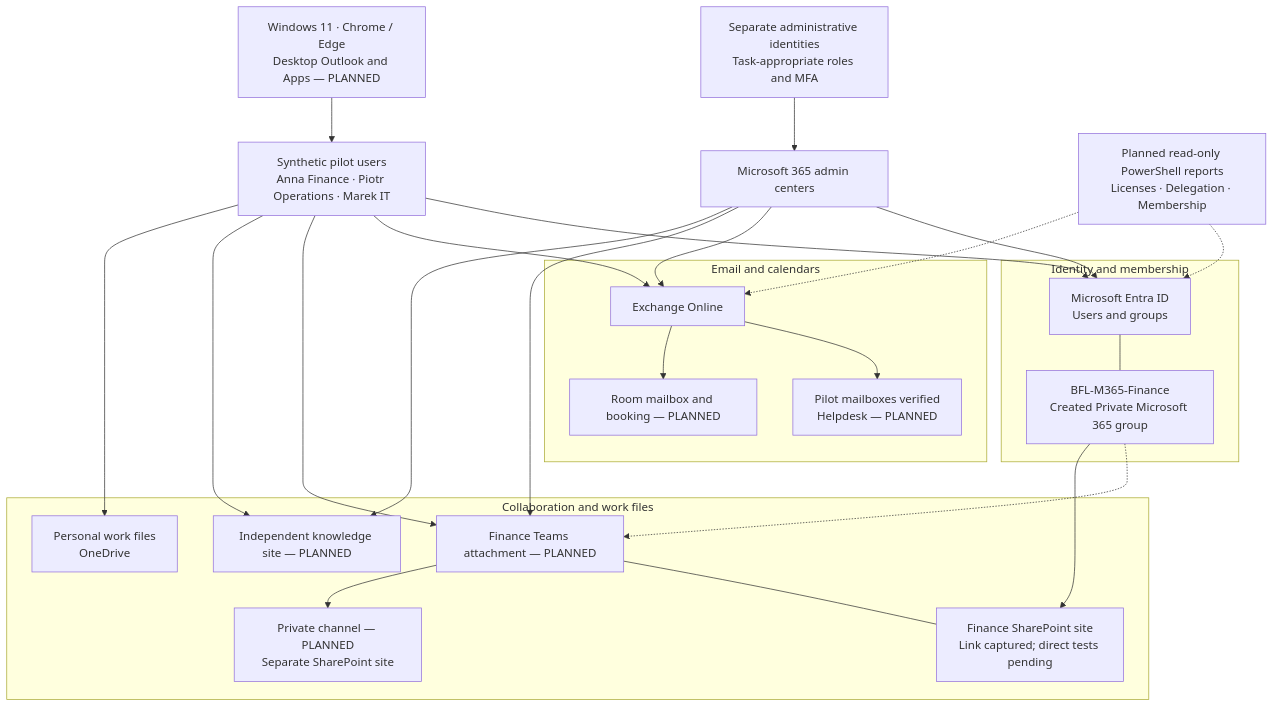
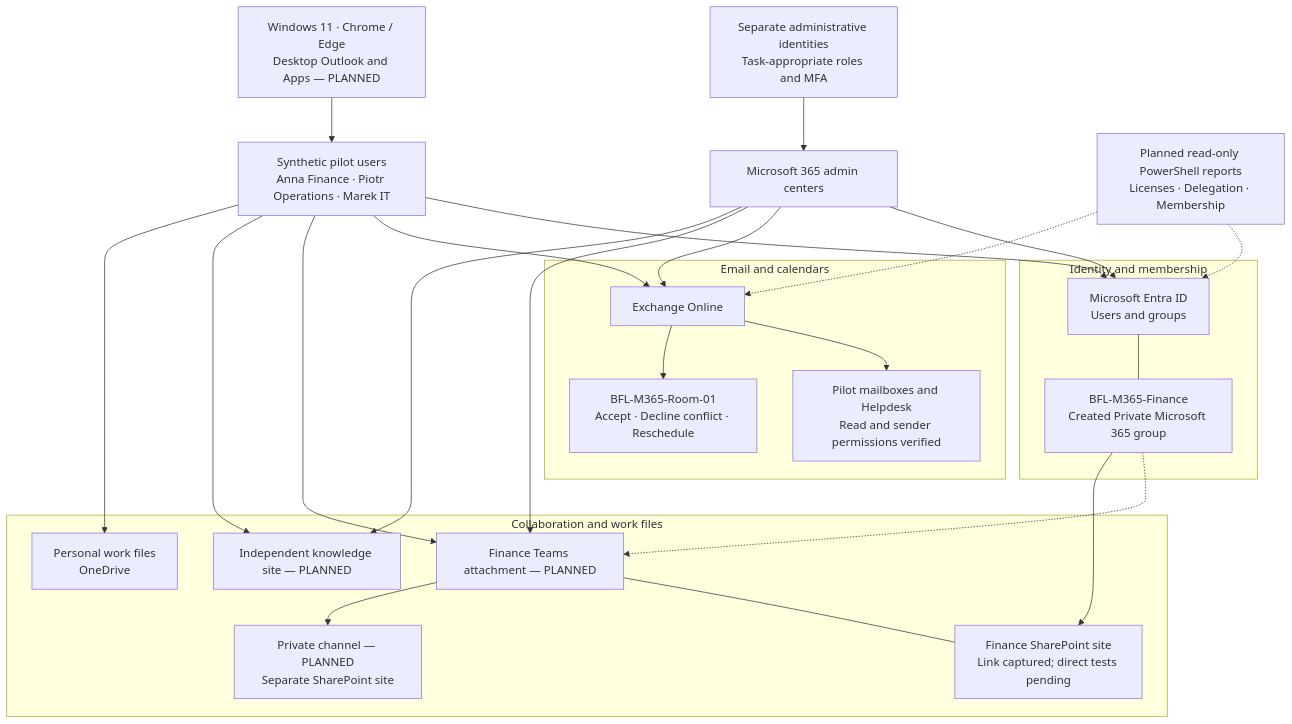
One commit to krzysztof-szot/m365-administration-support-project changed the diagram in README.md. Above: the diagram before and after it, drawn with Mermaid. The commit also changed other lines of this file and 20 other files, not shown here.

Commit message:
Document Day 04: mailbox delegation, calendar access and room booking

````diff
--- a/README.md
+++ b/README.md
@@ -157,49 +173,49 @@
 ```mermaid
 flowchart TB
     ADMIN["Separate administrative identities<br/>Task-appropriate roles and MFA"]
     CENTERS["Microsoft 365 admin centers"]
     PILOTS["Synthetic pilot users<br/>Anna Finance · Piotr Operations · Marek IT"]
     CLIENT["Windows 11 · Chrome / Edge<br/>Desktop Outlook and Apps — PLANNED"]
 
     subgraph IDENTITY["Identity and membership"]
         ENTRA["Microsoft Entra ID<br/>Users and groups"]
         GROUP["BFL-M365-Finance<br/>Created Private Microsoft 365 group"]
     end
 
     subgraph MESSAGING["Email and calendars"]
         EXO["Exchange Online"]
-        MAIL["Pilot mailboxes verified<br/>Helpdesk — PLANNED"]
-        ROOM["Room mailbox and booking — PLANNED"]
+        MAIL["Pilot mailboxes and Helpdesk<br/>Read and sender permissions verified"]
+        ROOM["BFL-M365-Room-01<br/>Accept · Decline conflict · Reschedule"]
     end
 
     subgraph COLLABORATION["Collaboration and work files"]
         TEAM["Finance Teams attachment — PLANNED"]
         PARENT["Finance SharePoint site<br/>Link captured; direct tests pending"]
         PRIVATE["Private channel — PLANNED<br/>Separate SharePoint site"]
         KNOWLEDGE["Independent knowledge site — PLANNED"]
         ONEDRIVE["Personal work files<br/>OneDrive"]
     end
 
     REPORTS["Planned read-only PowerShell reports<br/>Licenses · Delegation · Membership"]
 
     ADMIN --> CENTERS
     CENTERS --> ENTRA
     CENTERS --> EXO
     CENTERS --> TEAM
     CENTERS --> KNOWLEDGE
     PILOTS --> ENTRA
     CLIENT --> PILOTS
     PILOTS --> EXO
     PILOTS --> TEAM
     PILOTS --> KNOWLEDGE
     PILOTS --> ONEDRIVE
     ENTRA --- GROUP
     GROUP -.-> TEAM
     GROUP --> PARENT
     EXO --> MAIL
     EXO --> ROOM
     TEAM --- PARENT
     TEAM --> PRIVATE
     REPORTS -.-> ENTRA
     REPORTS -.-> EXO
 ```
````
